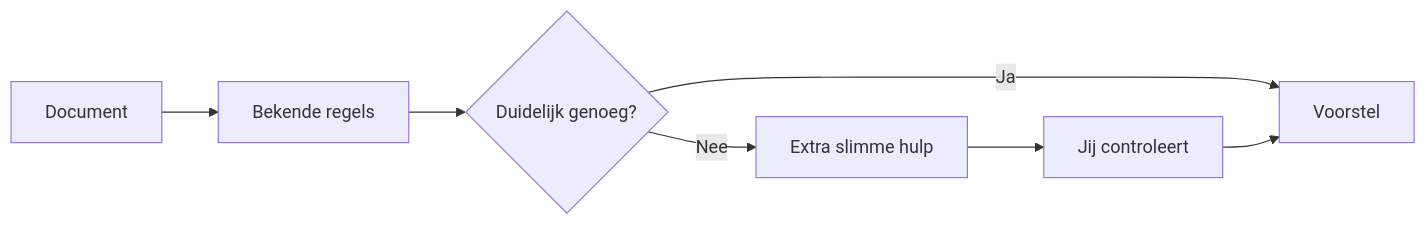
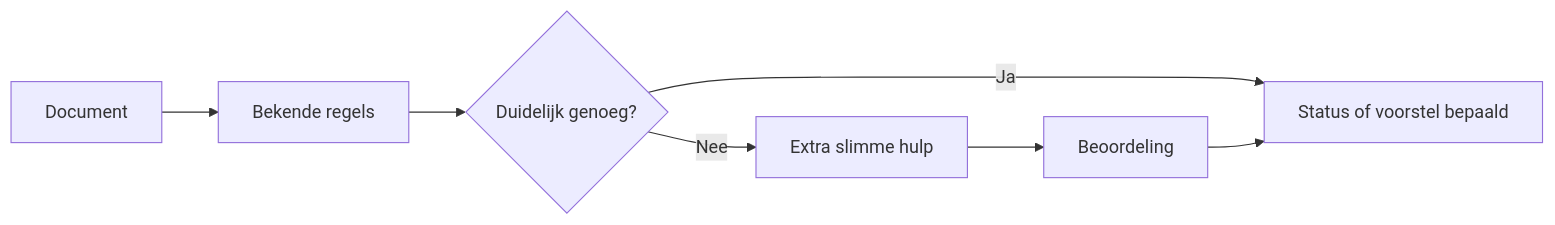
The seventh of 9 diagrams in docs/wiki/core-in-gewone-taal.md (hugcoding/core-platform), drawn with Mermaid before and after one commit. The commit also changed other lines of this file, not shown here.

Commit message:
Expand plain-language CORE lifecycle flow

````diff
--- a/docs/wiki/core-in-gewone-taal.md
+++ b/docs/wiki/core-in-gewone-taal.md
@@ -90,9 +136,9 @@
 ```mermaid
 flowchart LR
     A["Document"] --> B["Bekende regels"]
     B --> C{"Duidelijk genoeg?"}
-    C -->|Ja| D["Voorstel"]
+    C -->|Ja| D["Status of voorstel bepaald"]
     C -->|Nee| E["Extra slimme hulp"]
-    E --> F["Jij controleert"]
+    E --> F["Beoordeling"]
     F --> D
 ```
````
